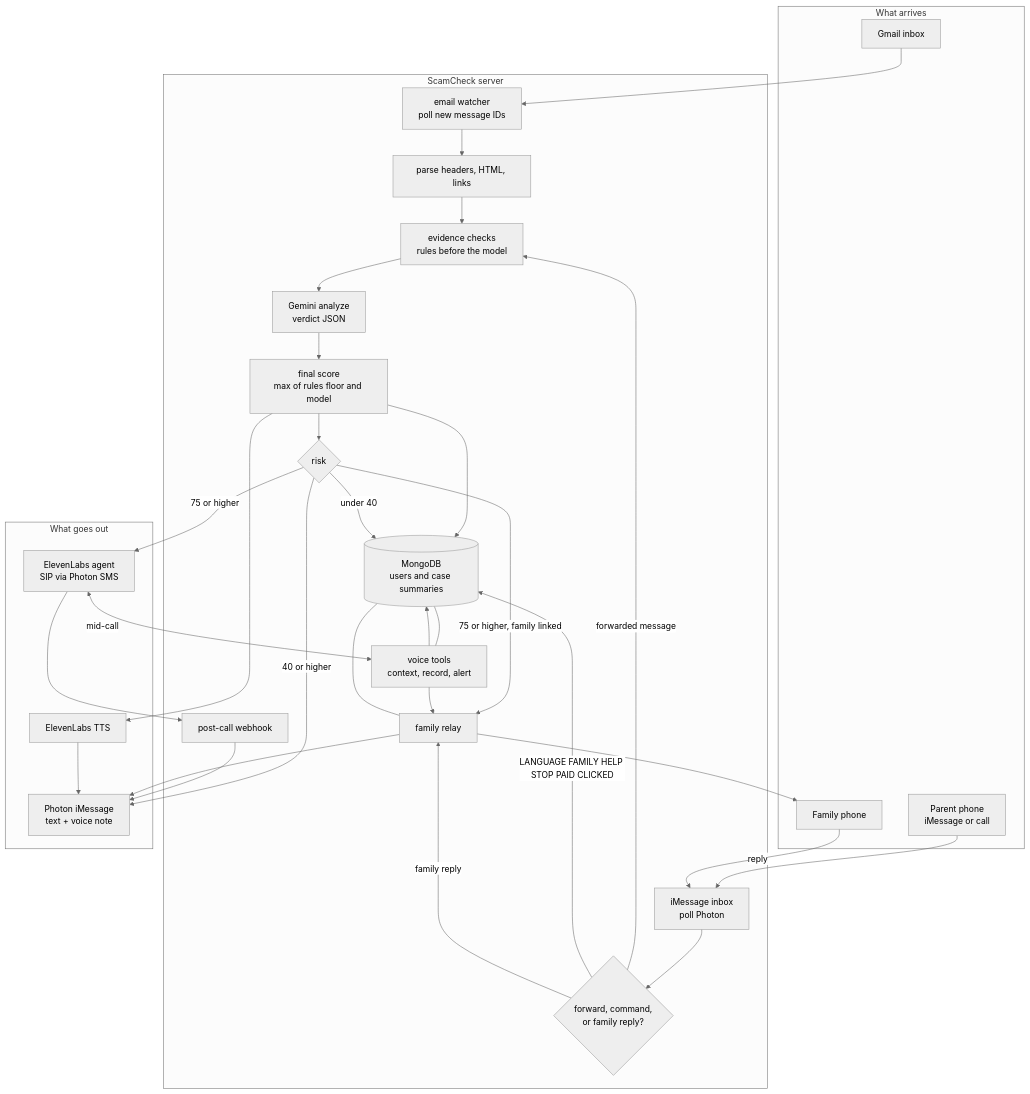
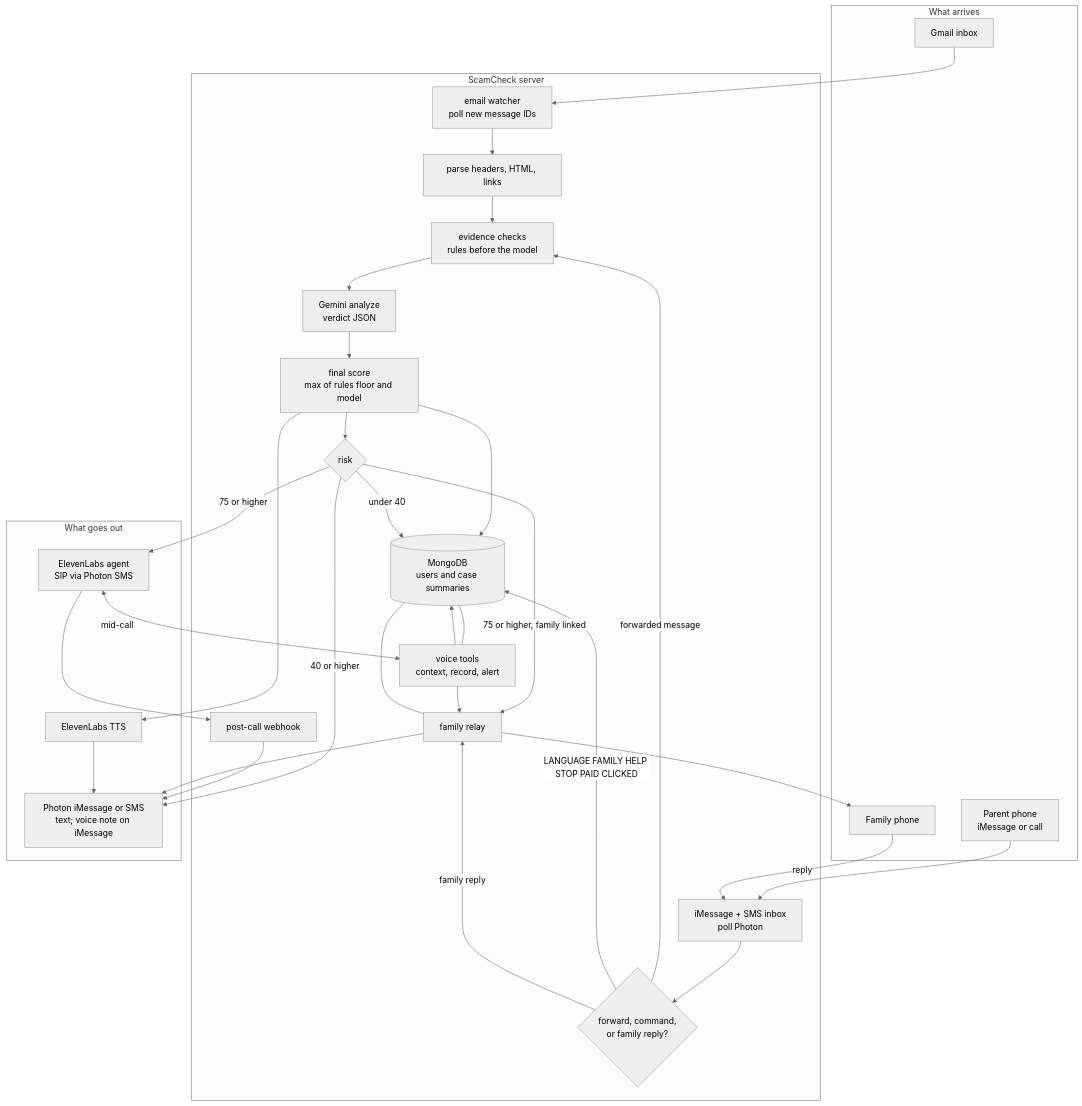
The diagram in README.md (aryank09/ScamCheck), drawn with Mermaid (neutral theme) before and after one commit. The commit also changed other lines of this file and 12 other files, not shown here.

Commit message:
Support SMS and iMessage messaging channels

````diff
--- a/README.md
+++ b/README.md
@@ -28,52 +29,52 @@
 ```mermaid
 flowchart TB
   subgraph in ["What arrives"]
     Gmail["Gmail inbox"]
     Parent["Parent phone<br/>iMessage or call"]
     FamilyPhone["Family phone"]
   end
 
   subgraph server ["ScamCheck server"]
     Watcher["email watcher<br/>poll new message IDs"]
     Parse["parse headers, HTML, links"]
-    Inbox["iMessage inbox<br/>poll Photon"]
+    Inbox["iMessage + SMS inbox<br/>poll Photon"]
     Route{"forward, command,<br/>or family reply?"}
     Evidence["evidence checks<br/>rules before the model"]
     Analyze["Gemini analyze<br/>verdict JSON"]
     Score["final score<br/>max of rules floor and model"]
     Cases[("MongoDB<br/>users and case summaries")]
     Notify{"risk"}
     Relay["family relay"]
     Tools["voice tools<br/>context, record, alert"]
     PostCall["post-call webhook"]
   end
 
   subgraph out ["What goes out"]
-    Text["Photon iMessage<br/>text + voice note"]
+    Text["Photon iMessage or SMS<br/>text; voice note on iMessage"]
     Call["ElevenLabs agent<br/>SIP via Photon SMS"]
     TTS["ElevenLabs TTS"]
   end
 
   Gmail --> Watcher --> Parse --> Evidence
   Parent --> Inbox --> Route
   Route -->|forwarded message| Evidence
   Route -->|LANGUAGE FAMILY HELP STOP PAID CLICKED| Cases
   Evidence --> Analyze --> Score --> Cases
   Score --> Notify
   Notify -->|"75 or higher"| Call
   Notify -->|"40 or higher"| Text
   Notify -->|"75 or higher, family linked"| Relay
   Notify -->|"under 40"| Cases
   TTS --> Text
   Score --> TTS
   Call <-->|"mid-call"| Tools
   Tools --> Cases
   Tools --> Relay
   Call --> PostCall --> Text
   Relay --> FamilyPhone
   FamilyPhone -->|reply| Inbox
   Route -->|family reply| Relay
   Relay --> Text
   Cases --- Tools
   Cases --- Relay
 ```
````
